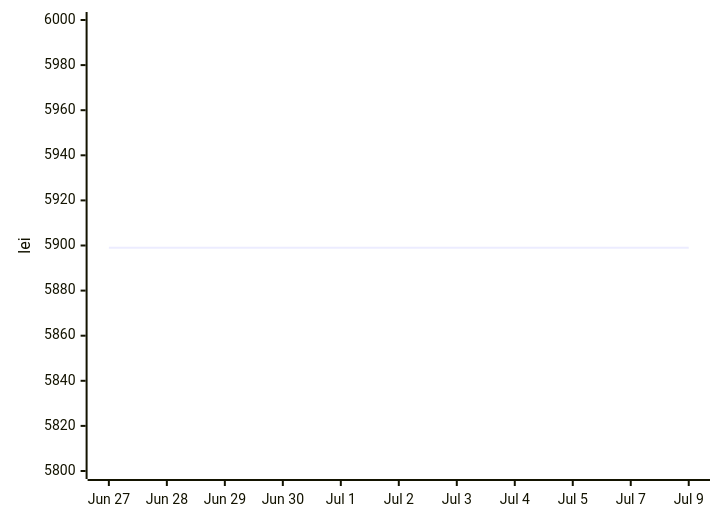
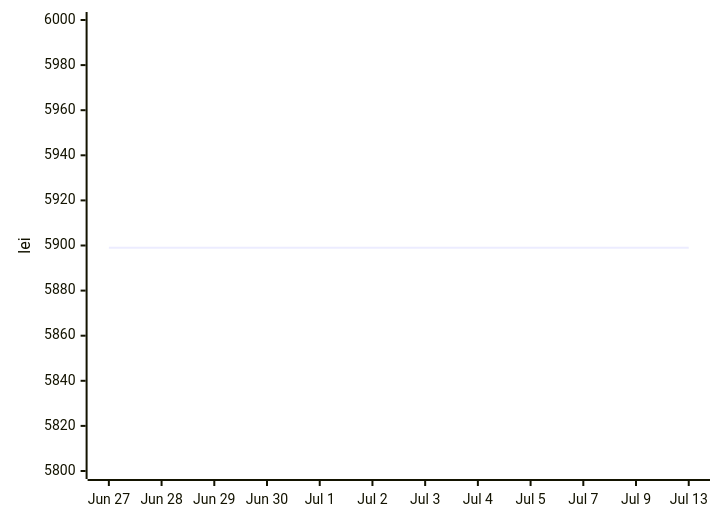
Before and after one commit to anagheioan/laptop-price-monitor: the second of 2 diagrams in README.md, drawn with Mermaid. The commit also changed other lines of this file and 1 other file, not shown here.

Commit message:
Price check 2026-07-13

````diff
--- a/README.md
+++ b/README.md
@@ -29,6 +29,6 @@
 ```mermaid
 xychart-beta
-    x-axis ["Jun 27", "Jun 28", "Jun 29", "Jun 30", "Jul 1", "Jul 2", "Jul 3", "Jul 4", "Jul 5", "Jul 7", "Jul 9"]
+    x-axis ["Jun 27", "Jun 28", "Jun 29", "Jun 30", "Jul 1", "Jul 2", "Jul 3", "Jul 4", "Jul 5", "Jul 7", "Jul 9", "Jul 13"]
     y-axis "lei" 5800 --> 6000
-    line [5899.0, 5899.0, 5899.0, 5899.0, 5899.0, 5899.0, 5899.0, 5899.0, 5899.0, 5899.0, 5899.0]
+    line [5899.0, 5899.0, 5899.0, 5899.0, 5899.0, 5899.0, 5899.0, 5899.0, 5899.0, 5899.0, 5899.0, 5899.0]
 ```
````
